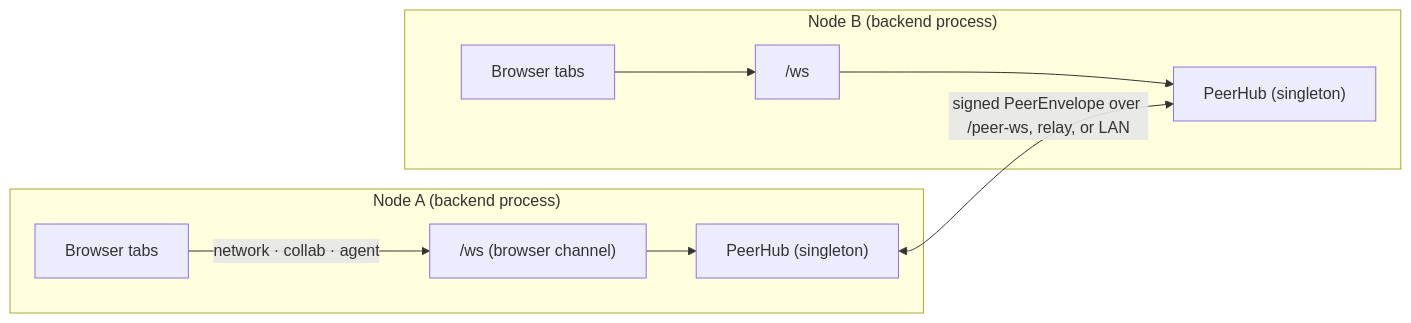
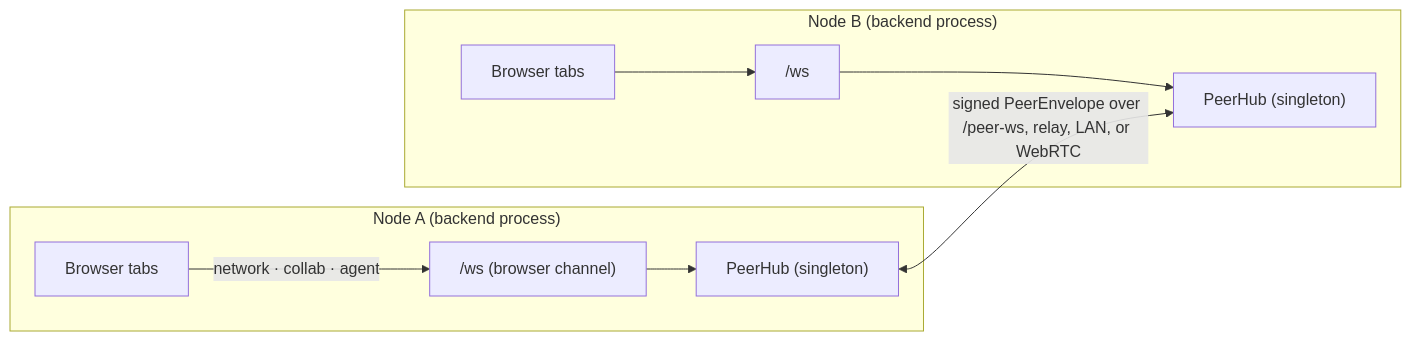
Before and after one commit to ConstCorrectness/horrible-dashboard: the first of 2 diagrams in docs/architecture/distributed.mdx, drawn with Mermaid. The commit also changed other lines of this file and 11 other files, not shown here.

````diff
--- a/docs/architecture/distributed.mdx
+++ b/docs/architecture/distributed.mdx
@@ -28,16 +28,16 @@
 ```mermaid
 flowchart LR
     subgraph NodeA["Node A (backend process)"]
         HubA["PeerHub (singleton)"]
         WSA["/ws (browser channel)"]
         BrowserA["Browser tabs"]
         BrowserA -->|"network · collab · agent"| WSA --> HubA
     end
     subgraph NodeB["Node B (backend process)"]
         HubB["PeerHub (singleton)"]
         WSB["/ws"]
         BrowserB["Browser tabs"]
         BrowserB --> WSB --> HubB
     end
-    HubA <-->|"signed PeerEnvelope over /peer-ws, relay, or LAN"| HubB
+    HubA <-->|"signed PeerEnvelope over /peer-ws, relay, LAN, or WebRTC"| HubB
 ```
````
